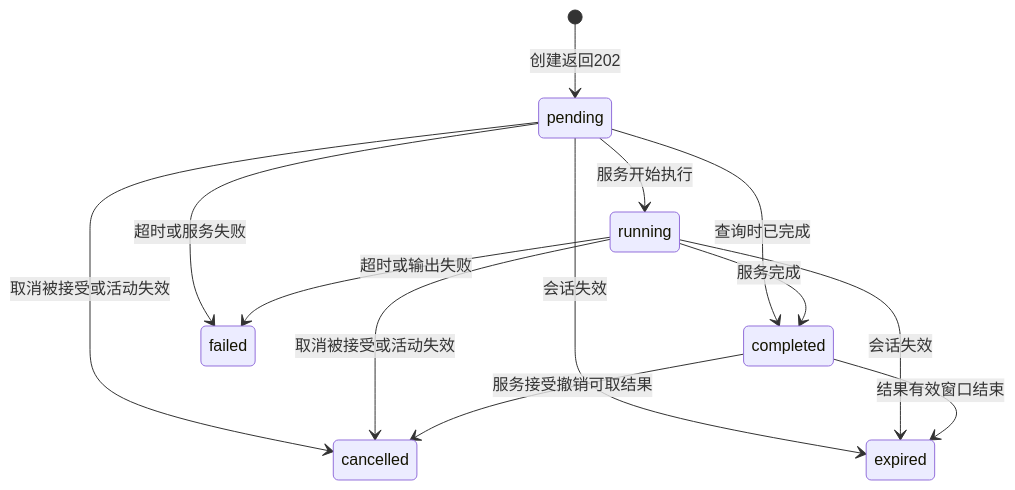
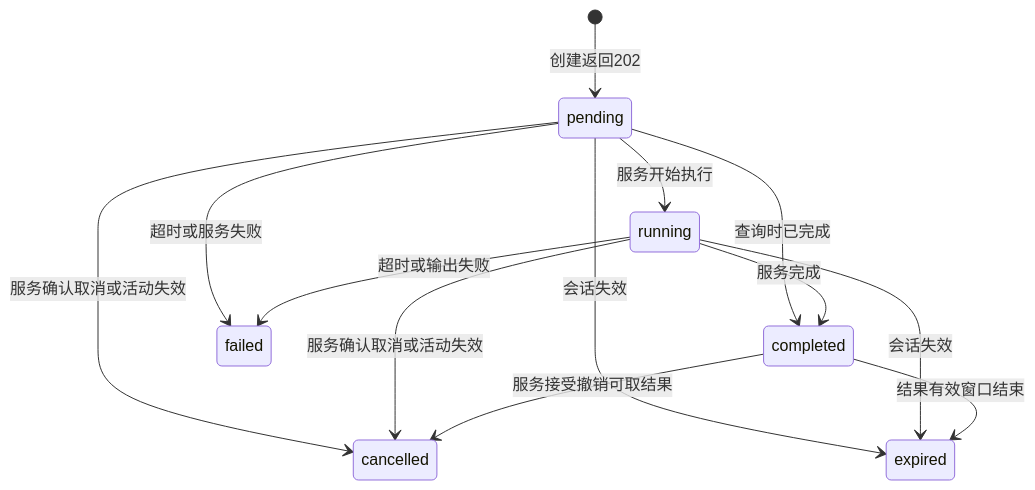
Before and after one commit to impureWine/404NOTFOUND: the second of 6 diagrams in docs/第三次作业_程杰/03_关键状态与时序图.md, drawn with Mermaid. The commit also changed other lines of this file and 4 other files, not shown here.

````diff
--- a/docs/第三次作业_程杰/03_关键状态与时序图.md
+++ b/docs/第三次作业_程杰/03_关键状态与时序图.md
@@ -63,15 +67,15 @@
 ```mermaid
 stateDiagram-v2
     [*] --> pending: 创建返回202
     pending --> running: 服务开始执行
     pending --> completed: 查询时已完成
     running --> completed: 服务完成
-    pending --> cancelled: 取消被接受或活动失效
-    running --> cancelled: 取消被接受或活动失效
+    pending --> cancelled: 服务确认取消或活动失效
+    running --> cancelled: 服务确认取消或活动失效
     pending --> failed: 超时或服务失败
     running --> failed: 超时或输出失败
     pending --> expired: 会话失效
     running --> expired: 会话失效
     completed --> cancelled: 服务接受撤销可取结果
     completed --> expired: 结果有效窗口结束
 ```
````
